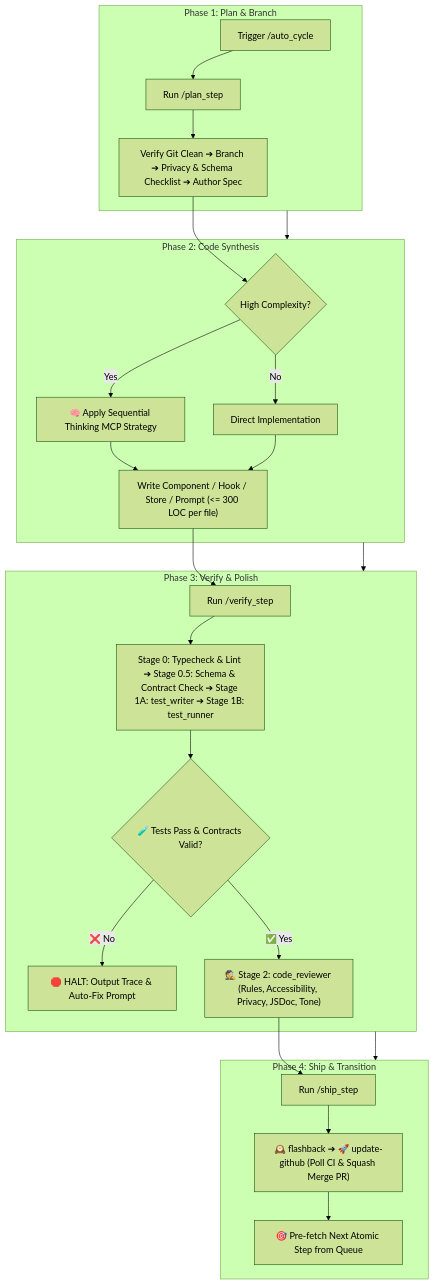
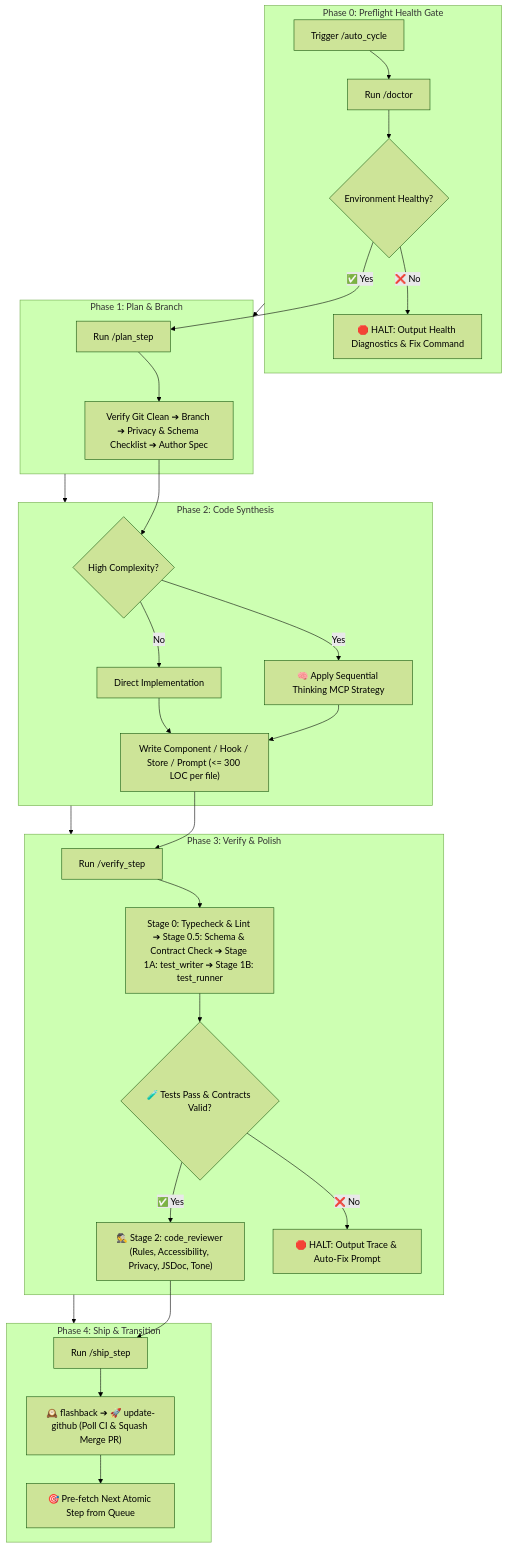
The diagram in .agents/skills/auto_cycle/SKILL.md (agrawalshivam279/future-you), drawn with Mermaid (forest theme) before and after one commit. The commit also changed other lines of this file and 8 other files, not shown here.

````diff
--- a/.agents/skills/auto_cycle/SKILL.md
+++ b/.agents/skills/auto_cycle/SKILL.md
@@ -19,31 +19,37 @@
 ```mermaid
 flowchart TD
+    subgraph Phase0["Phase 0: Preflight Health Gate"]
+        A["Trigger /auto_cycle"] --> Pre["Run /doctor"]
+        Pre --> PreCheck{"Environment Healthy?"}
+        PreCheck -- "❌ No" --> PreFail["🛑 HALT: Output Health Diagnostics & Fix Command"]
+    end
+
     subgraph Phase1["Phase 1: Plan & Branch"]
-        A["Trigger /auto_cycle"] --> B["Run /plan_step"]
+        PreCheck -- "✅ Yes" --> B["Run /plan_step"]
         B --> C["Verify Git Clean ➔ Branch ➔ Privacy & Schema Checklist ➔ Author Spec"]
     end
 
     subgraph Phase2["Phase 2: Code Synthesis"]
         C --> D{"High Complexity?"}
         D -- "Yes" --> E["🧠 Apply Sequential Thinking MCP Strategy"]
         D -- "No" --> F["Direct Implementation"]
         E --> G["Write Component / Hook / Store / Prompt (<= 300 LOC per file)"]
         F --> G
     end
 
     subgraph Phase3["Phase 3: Verify & Polish"]
         G --> H["Run /verify_step"]
         H --> I["Stage 0: Typecheck & Lint ➔ Stage 0.5: Schema & Contract Check ➔ Stage 1A: test_writer ➔ Stage 1B: test_runner"]
         I --> J{"🧪 Tests Pass & Contracts Valid?"}
         J -- "❌ No" --> K["🛑 HALT: Output Trace & Auto-Fix Prompt"]
         J -- "✅ Yes" --> L["🕵️ Stage 2: code_reviewer (Rules, Accessibility, Privacy, JSDoc, Tone)"]
     end
 
     subgraph Phase4["Phase 4: Ship & Transition"]
         L --> M["Run /ship_step"]
         M --> N["🕰️ flashback ➔ 🚀 update-github (Poll CI & Squash Merge PR)"]
         N --> O["🎯 Pre-fetch Next Atomic Step from Queue"]
     end
 
-    Phase1 --> Phase2 --> Phase3 --> Phase4
+    Phase0 --> Phase1 --> Phase2 --> Phase3 --> Phase4
 ```
````
